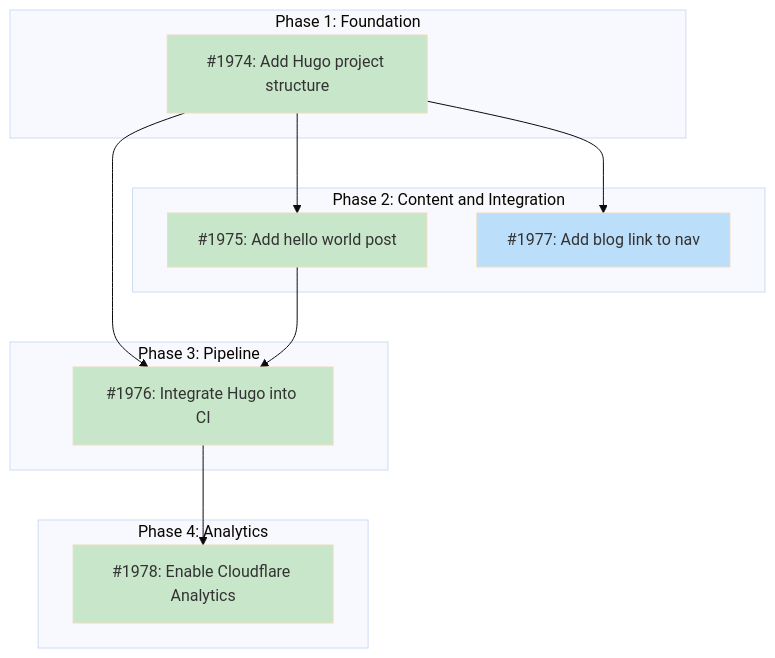
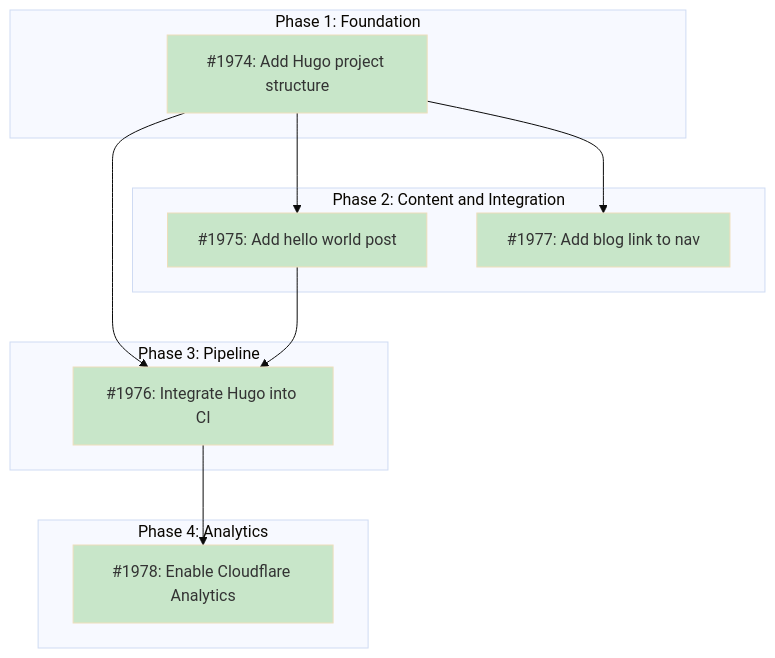
The diagram in docs/designs/DESIGN-blog-infrastructure.md (tsukumogami/tsuku), drawn with Mermaid (base theme) before and after one commit. The commit also changed other lines of this file and 8 other files, not shown here.

````diff
--- a/docs/designs/DESIGN-blog-infrastructure.md
+++ b/docs/designs/DESIGN-blog-infrastructure.md
@@ -55,34 +55,33 @@
 ```mermaid
 graph TD
     subgraph Phase1["Phase 1: Foundation"]
         I1974["#1974: Add Hugo project structure"]
     end
 
     subgraph Phase2["Phase 2: Content and Integration"]
         I1975["#1975: Add hello world post"]
         I1977["#1977: Add blog link to nav"]
     end
 
     subgraph Phase3["Phase 3: Pipeline"]
         I1976["#1976: Integrate Hugo into CI"]
     end
 
     subgraph Phase4["Phase 4: Analytics"]
         I1978["#1978: Enable Cloudflare Analytics"]
     end
 
     I1974 --> I1975
     I1974 --> I1976
     I1974 --> I1977
     I1975 --> I1976
     I1976 --> I1978
 
     classDef done fill:#c8e6c9
     classDef ready fill:#bbdefb
     classDef blocked fill:#fff9c4
     classDef needsDesign fill:#e1bee7
     classDef tracksDesign fill:#FFE0B2,stroke:#F57C00,color:#000
 
-    class I1974,I1975,I1976,I1978 done
-    class I1977 ready
+    class I1974,I1975,I1976,I1977,I1978 done
 ```
````
